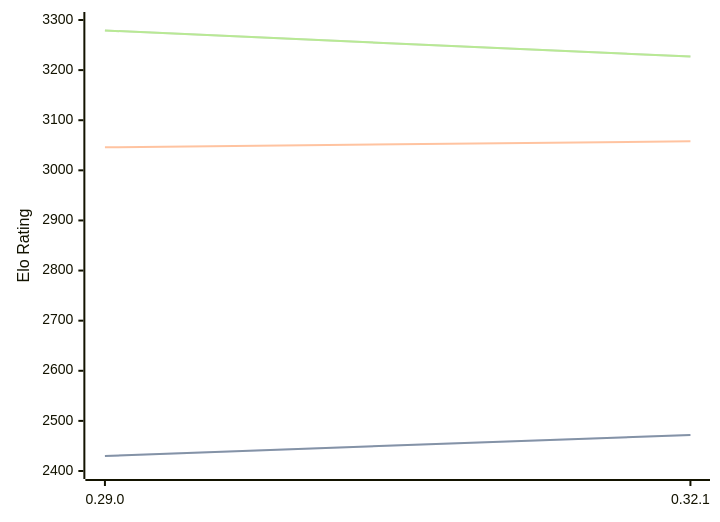
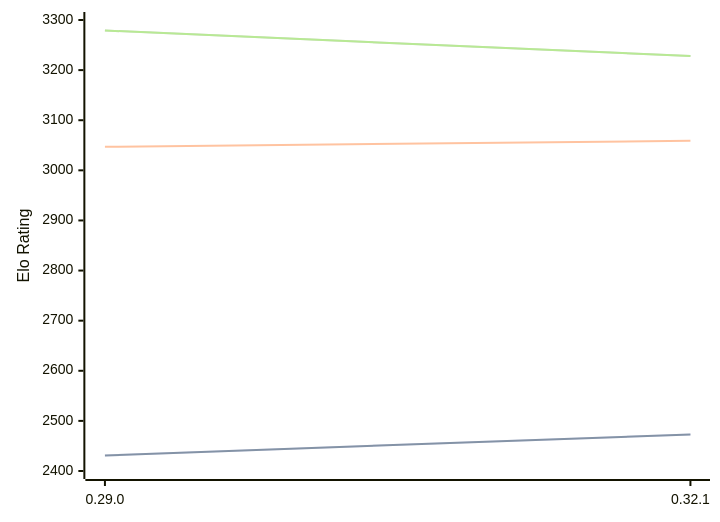
The diagram in engines/Lc0.md (computer-chess-index/cci), drawn with Mermaid before and after one commit. The commit also changed other lines of this file, not shown here.

Commit message:
Update CCI Ratings (ELO VLTC) - 2026-05-16

````diff
--- a/engines/Lc0.md
+++ b/engines/Lc0.md
@@ -68,11 +68,11 @@
 ```mermaid
 %%{init: {"theme":"base","themeVariables":{"seriesColors:['#a3a3a3','#222221','#faa371']}}}%%
 xychart-beta
   x-axis ["0.29.0", "0.32.1"]
   y-axis "Elo Rating" 2400 --> 3300
-  line "STC (8.0+0.08s)" [2430, 2472]
-  line "STC (8.0+0.08s)" [2430, 2472]
-  line "LTC (60.0+0.60s)" [3046, 3058]
-  line "VLTC (2m24s+1.12s)" [3279, 3227]
-  line "VLTC (2m24s+1.12s)" [3279, 3227]
+  line "STC (8.0+0.08s)" [2431, 2473]
+  line "STC (8.0+0.08s)" [2431, 2473]
+  line "LTC (60.0+0.60s)" [3047, 3059]
+  line "VLTC (2m24s+1.12s)" [3279, 3228]
+  line "VLTC (2m24s+1.12s)" [3279, 3228]
 ```
````
